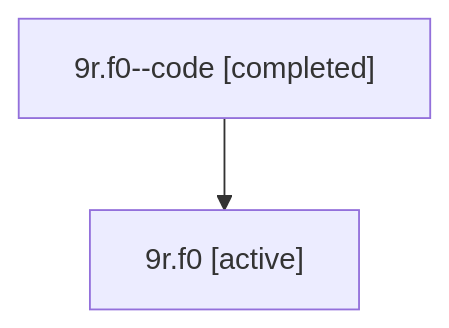
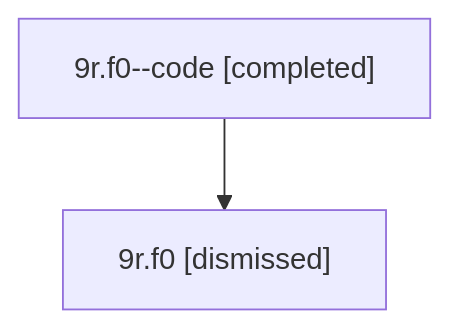
The diagram in sessions/bbugyi200.athena.9r.f0.md (bobs-org/bob-cli--agents), drawn with Mermaid before and after one commit. The commit also changed other lines of this file and 34 other files, not shown here.

````diff
--- a/sessions/bbugyi200.athena.9r.f0.md
+++ b/sessions/bbugyi200.athena.9r.f0.md
@@ -9,6 +9,6 @@
 ```mermaid
 flowchart TD
   n0["9r.f0--code [completed]"]
-  n1["9r.f0 [active]"]
+  n1["9r.f0 [dismissed]"]
   n0 --> n1
 ```
````
